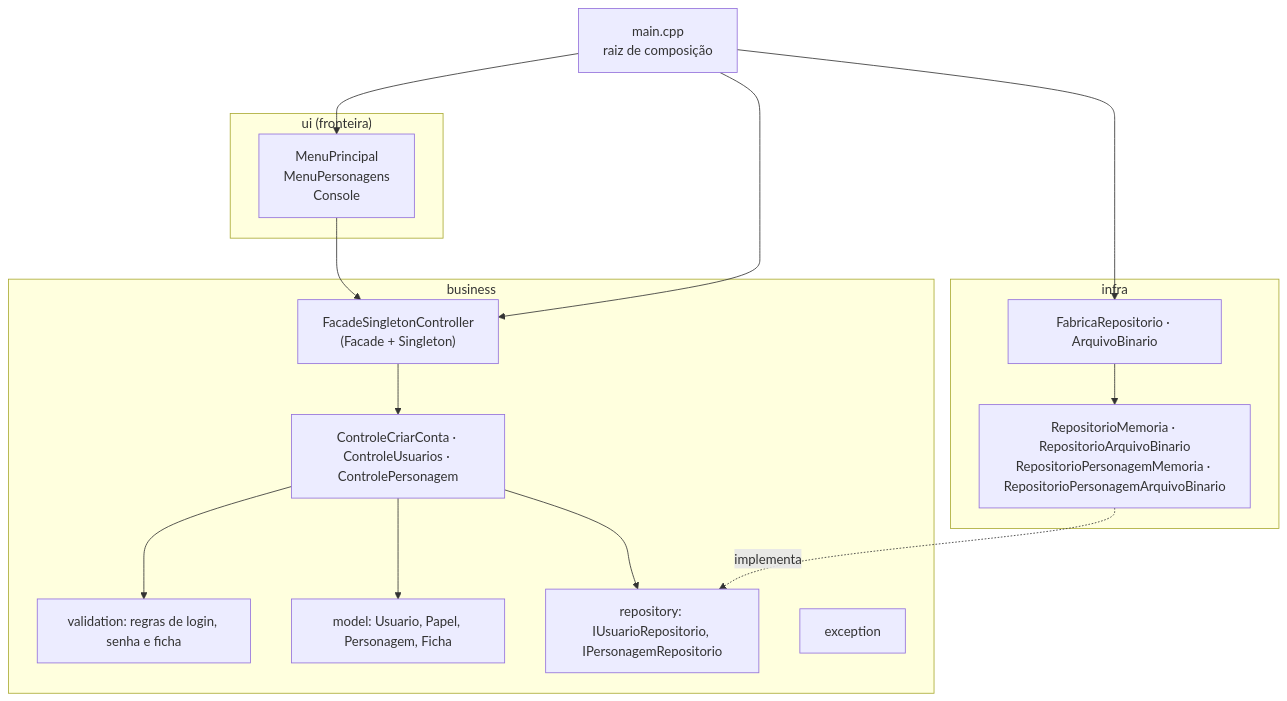
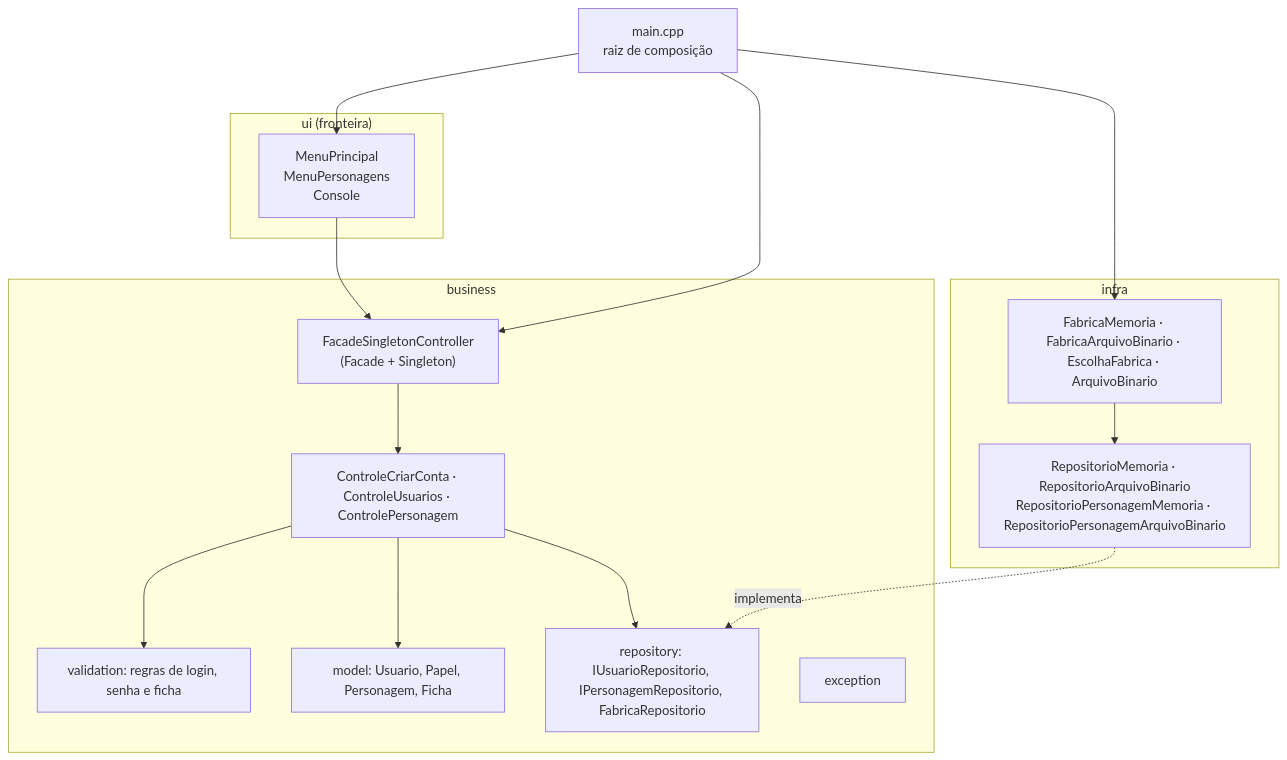
The first of 2 diagrams in docs/07-arquitetura/README.md (isac531/Gerenciador_RPG), drawn with Mermaid before and after one commit. The commit also changed 10 other files, not shown here.

````diff
--- a/docs/07-arquitetura/README.md
+++ b/docs/07-arquitetura/README.md
@@ -19,30 +19,30 @@
 ```mermaid
 flowchart TB
     subgraph ui["ui (fronteira)"]
         menu["MenuPrincipal<br/>MenuPersonagens<br/>Console"]
     end
     subgraph business["business"]
         fachada["FacadeSingletonController<br/>(Facade + Singleton)"]
         controles["ControleCriarConta · ControleUsuarios · ControlePersonagem"]
         regras["validation: regras de login, senha e ficha"]
         modelo["model: Usuario, Papel, Personagem, Ficha"]
-        contratos["repository: IUsuarioRepositorio, IPersonagemRepositorio"]
+        contratos["repository: IUsuarioRepositorio, IPersonagemRepositorio, FabricaRepositorio"]
         excecoes["exception"]
     end
     subgraph infra["infra"]
         repos["RepositorioMemoria · RepositorioArquivoBinario<br/>RepositorioPersonagemMemoria · RepositorioPersonagemArquivoBinario"]
-        fabrica["FabricaRepositorio · ArquivoBinario"]
+        fabrica["FabricaMemoria · FabricaArquivoBinario · EscolhaFabrica · ArquivoBinario"]
     end
     main["main.cpp<br/>raiz de composição"]
 
     menu --> fachada
     fachada --> controles
     controles --> regras
     controles --> modelo
     controles --> contratos
     repos -. implementa .-> contratos
     fabrica --> repos
     main --> menu
     main --> fachada
     main --> fabrica
 ```
````
